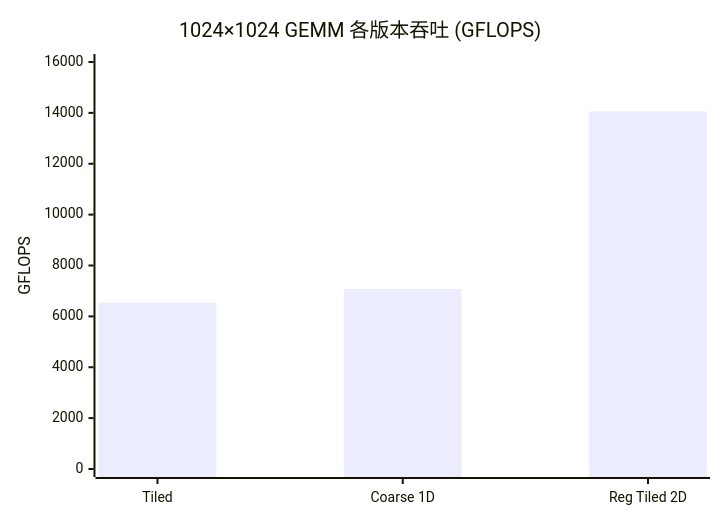
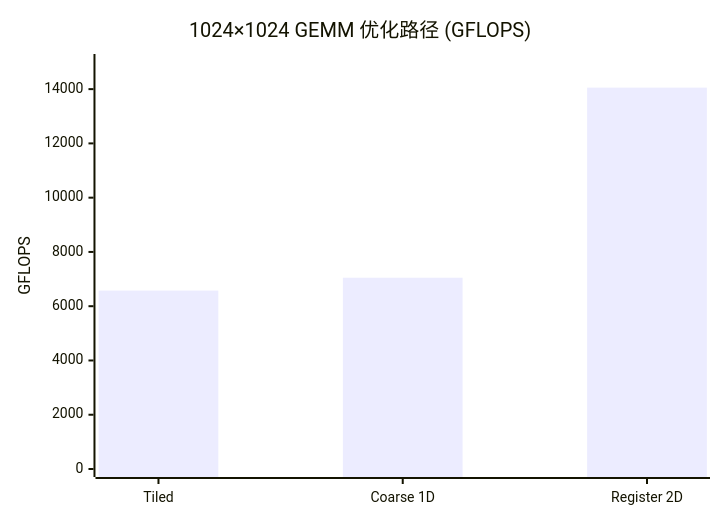
The diagram in Blogs/04_GEMM_Optimization_Register_Tiling.md (psmarter/CUDA-Practice), drawn with Mermaid before and after one commit. The commit also changed other lines of this file and 20 other files, not shown here.

````diff
--- a/Blogs/04_GEMM_Optimization_Register_Tiling.md
+++ b/Blogs/04_GEMM_Optimization_Register_Tiling.md
@@ -127,7 +78,7 @@
 ```mermaid
 xychart-beta
-  title "1024×1024 GEMM 各版本吞吐 (GFLOPS)"
-  x-axis ["Tiled", "Coarse 1D", "Reg Tiled 2D"]
-  y-axis "GFLOPS" 0 --> 16000
-  bar [6544, 7075, 14055]
+  title "1024×1024 GEMM 优化路径 (GFLOPS)"
+  x-axis ["Tiled", "Coarse 1D", "Register 2D"]
+  y-axis "GFLOPS" 0 --> 15000
+  bar [6575, 7050, 14055]
 ```
````
